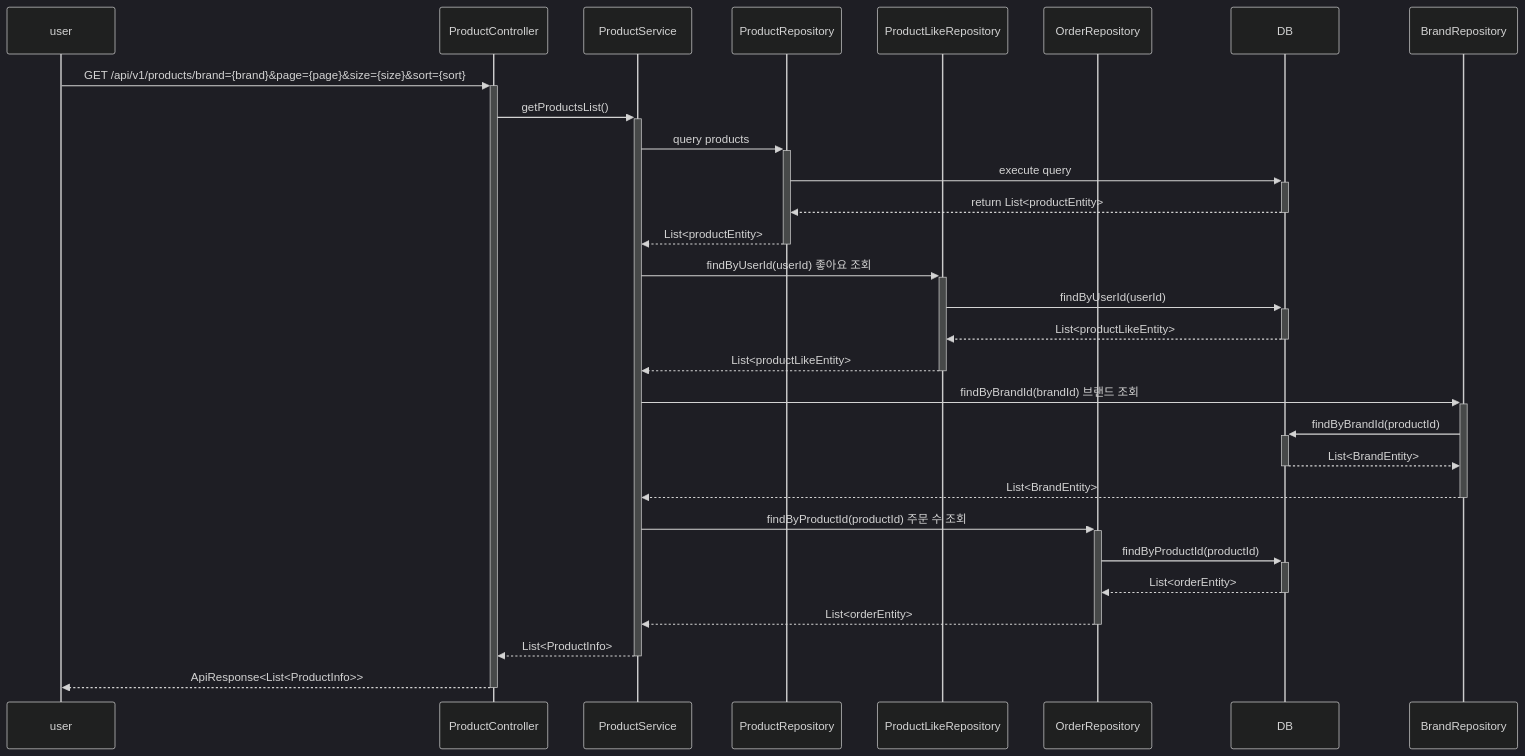
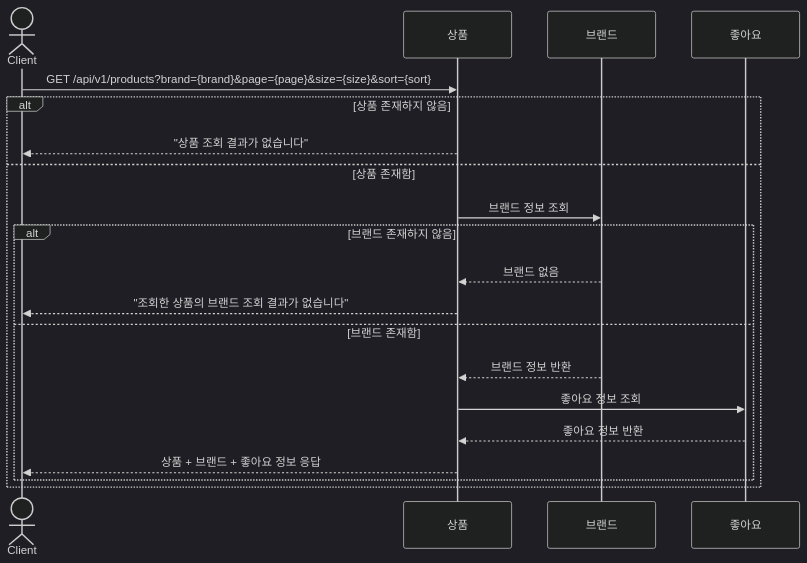
Before and after one commit to lutae2000/java-spring-ecommerce-api: the first of 10 diagrams in docs/design/02-sequence-diagrams.md, drawn with Mermaid (dark theme). The commit also changed other lines of this file and 5 other files, not shown here.

````diff
--- a/docs/design/02-sequence-diagrams.md
+++ b/docs/design/02-sequence-diagrams.md
@@ -12,36 +12,25 @@
 ```mermaid
 sequenceDiagram
-  participant user
-  participant ProductController
-  participant ProductService
-  participant ProductRepository
-  participant ProductLikeRepository
-  participant OrderRepository
-  participant DB
-  actor user
-  user->>+ProductController : GET /api/v1/products/brand={brand}&page={page}&size={size}&sort={sort}
-  ProductController->>+ProductService : getProductsList()
-  
-  ProductService->>+ProductRepository : query products
-  ProductRepository->>+DB : execute query
-  DB-->>-ProductRepository : return List<productEntity>
-  ProductRepository-->>-ProductService : List<productEntity>
+    actor Client
+  participant ProductService as 상품
+  participant BrandService as 브랜드
+  participant LikeService as 좋아요
 
-  ProductService->>+ProductLikeRepository : findByUserId(userId) 좋아요 조회
-  ProductLikeRepository->>+DB : findByUserId(userId)
-  DB-->>-ProductLikeRepository : List<productLikeEntity>
-  ProductLikeRepository-->>-ProductService : List<productLikeEntity>
+  Client->>ProductService: GET /api/v1/products?brand={brand}&page={page}&size={size}&sort={sort}
 
-  ProductService->>+BrandRepository : findByBrandId(brandId) 브랜드 조회
-  BrandRepository->>+DB : findByBrandId(productId)
-  DB-->>-BrandRepository : List<BrandEntity>
-  BrandRepository-->>-ProductService : List<BrandEntity>
+  alt 상품 존재하지 않음
+    ProductService-->>Client: "상품 조회 결과가 없습니다"
+  else 상품 존재함
+    ProductService->>BrandService: 브랜드 정보 조회
 
-  ProductService->>+OrderRepository : findByProductId(productId) 주문 수 조회
-  OrderRepository->>+DB : findByProductId(productId)
-  DB-->>-OrderRepository : List<orderEntity>
-  OrderRepository-->>-ProductService : List<orderEntity>
-
-  ProductService-->>-ProductController : List<ProductInfo>
-  ProductController-->>-user : ApiResponse<List<ProductInfo>>
+    alt 브랜드 존재하지 않음
+      BrandService-->>ProductService: 브랜드 없음
+      ProductService-->>Client: "조회한 상품의 브랜드 조회 결과가 없습니다"
+    else 브랜드 존재함
+      BrandService-->>ProductService: 브랜드 정보 반환
+      ProductService->>LikeService: 좋아요 정보 조회
+      LikeService-->>ProductService: 좋아요 정보 반환
+      ProductService-->>Client: 상품 + 브랜드 + 좋아요 정보 응답
+    end
+  end
   ```
````
